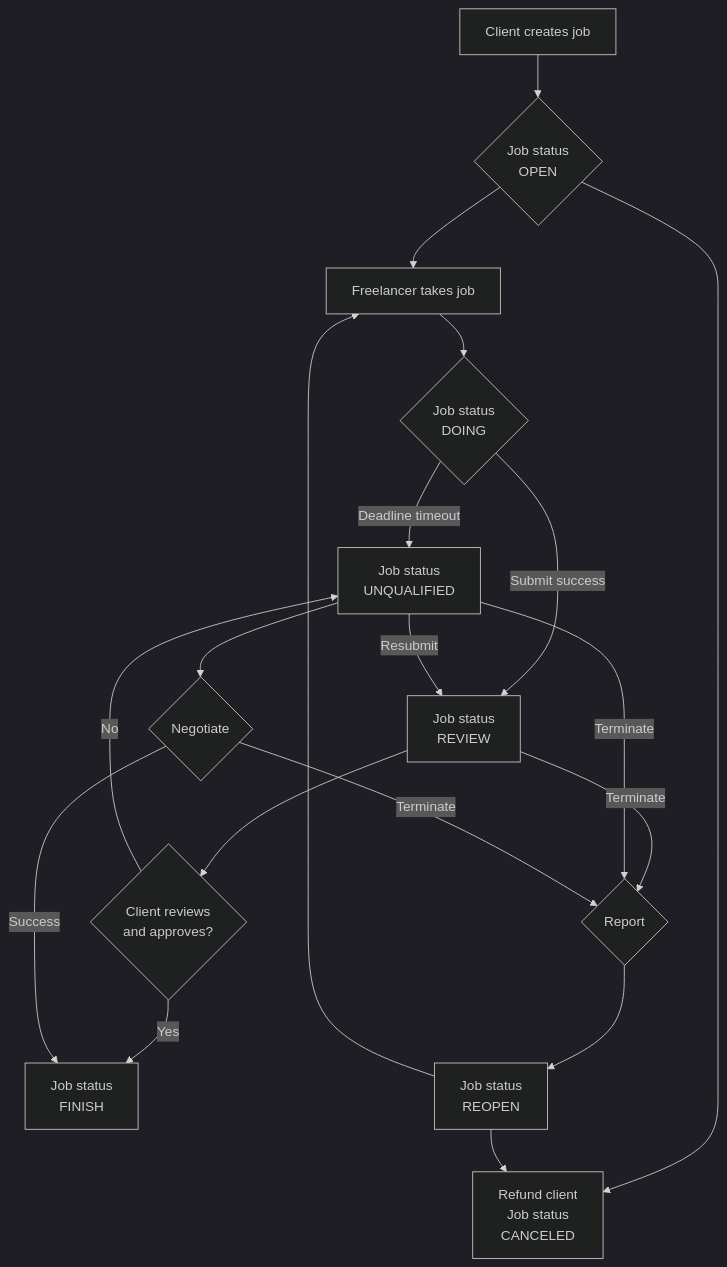
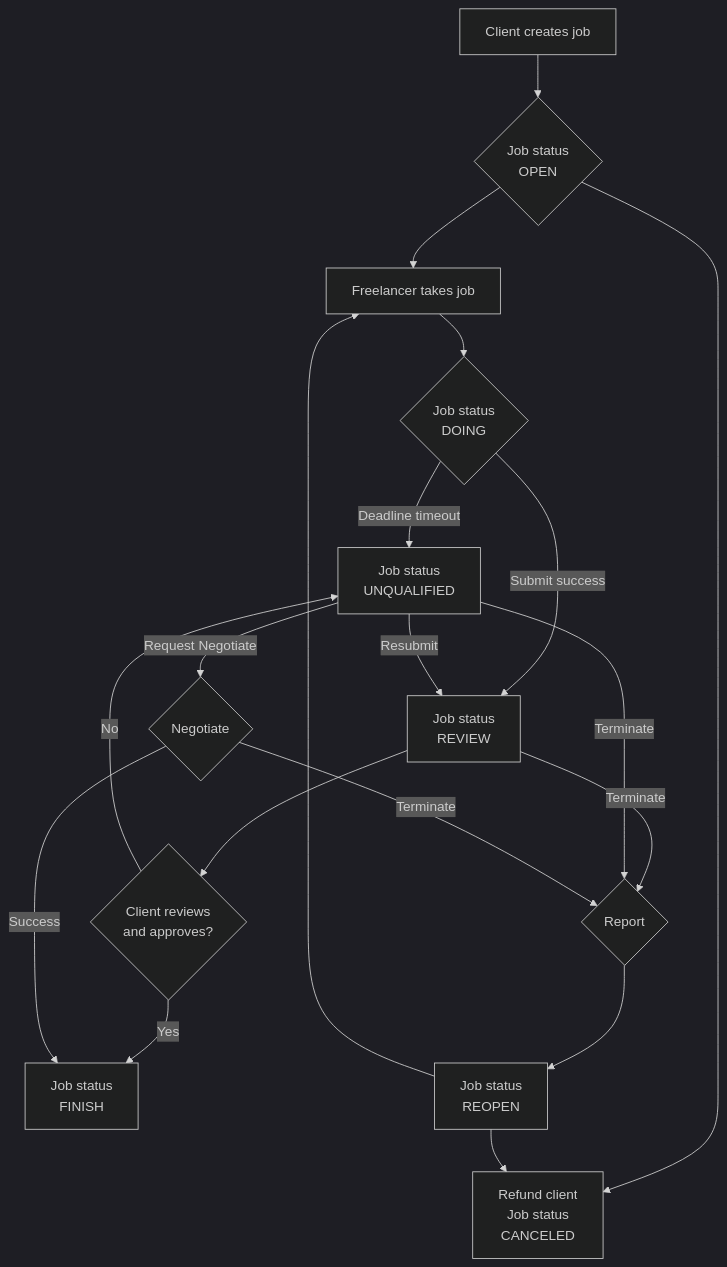
The second of 2 diagrams in README.md (lamha79/freelankakot), drawn with Mermaid (dark theme) before and after one commit.

````diff
--- a/README.md
+++ b/README.md
@@ -134,22 +134,22 @@
 ```mermaid
 flowchart TB
     A[Client creates job] --> B{Job status<br>OPEN}
     B --> C[Freelancer takes job]
     C --> D{Job status<br>DOING}
     D -- Deadline timeout --> H
     D -- Submit success --> E[Job status<br>REVIEW]
     E --> F{Client reviews<br>and approves?}
     E -- Terminate --> K
     F -- Yes --> G[Job status<br>FINISH]
     F -- No --> H[Job status<br>UNQUALIFIED]
     H -- Resubmit --> E
     H -- Terminate --> K
-    H --> I{Negotiate} 
+    H -- Request Negotiate --> I{Negotiate} 
     I -- Success --> G
     I -- Terminate --> K{Report}
     B --> M[Refund client<br>Job status<br>CANCELED]
     J --> M[Refund client<br>Job status<br>CANCELED]
     J --> C
     K --> J[Job status<br>REOPEN] 
     
 ```
````
